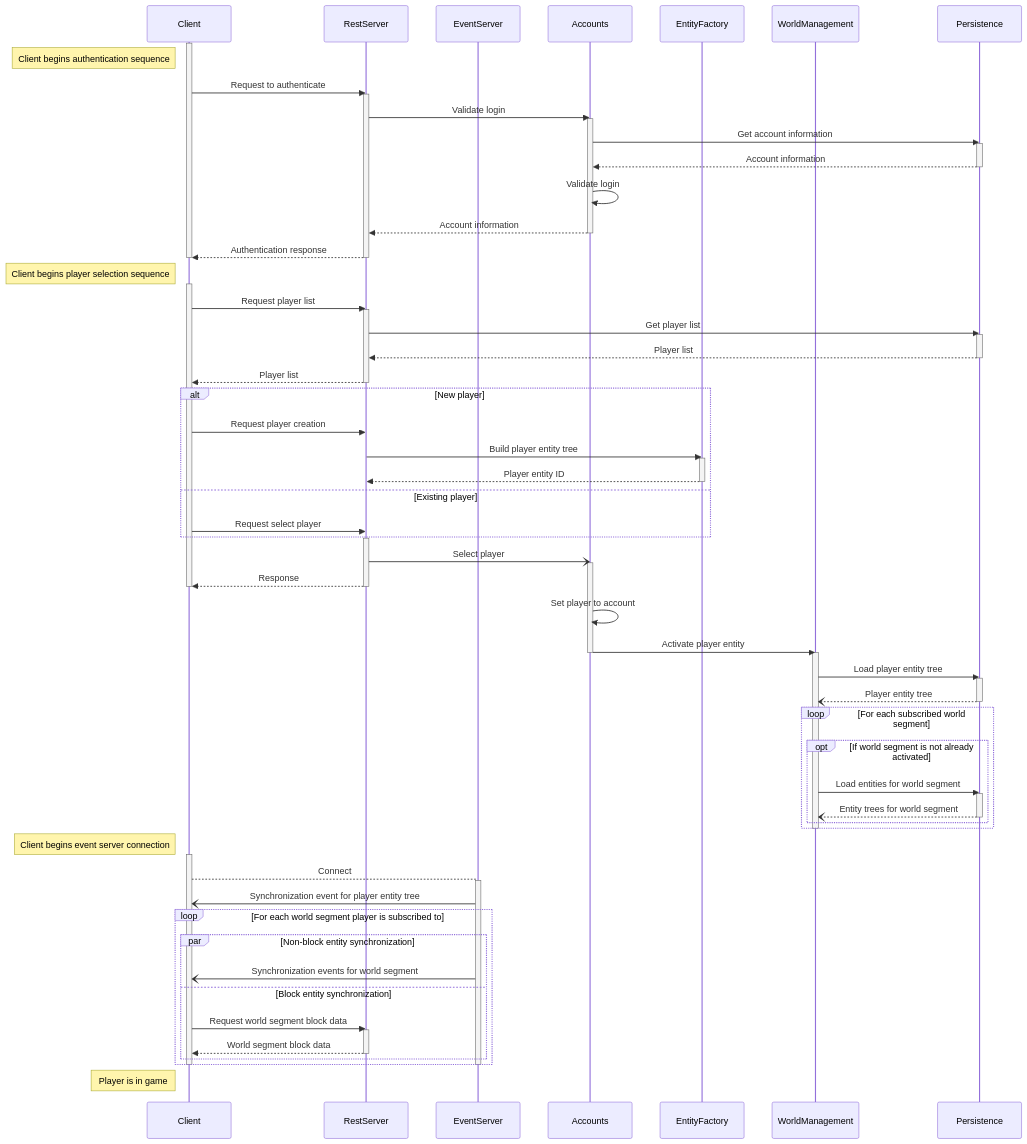
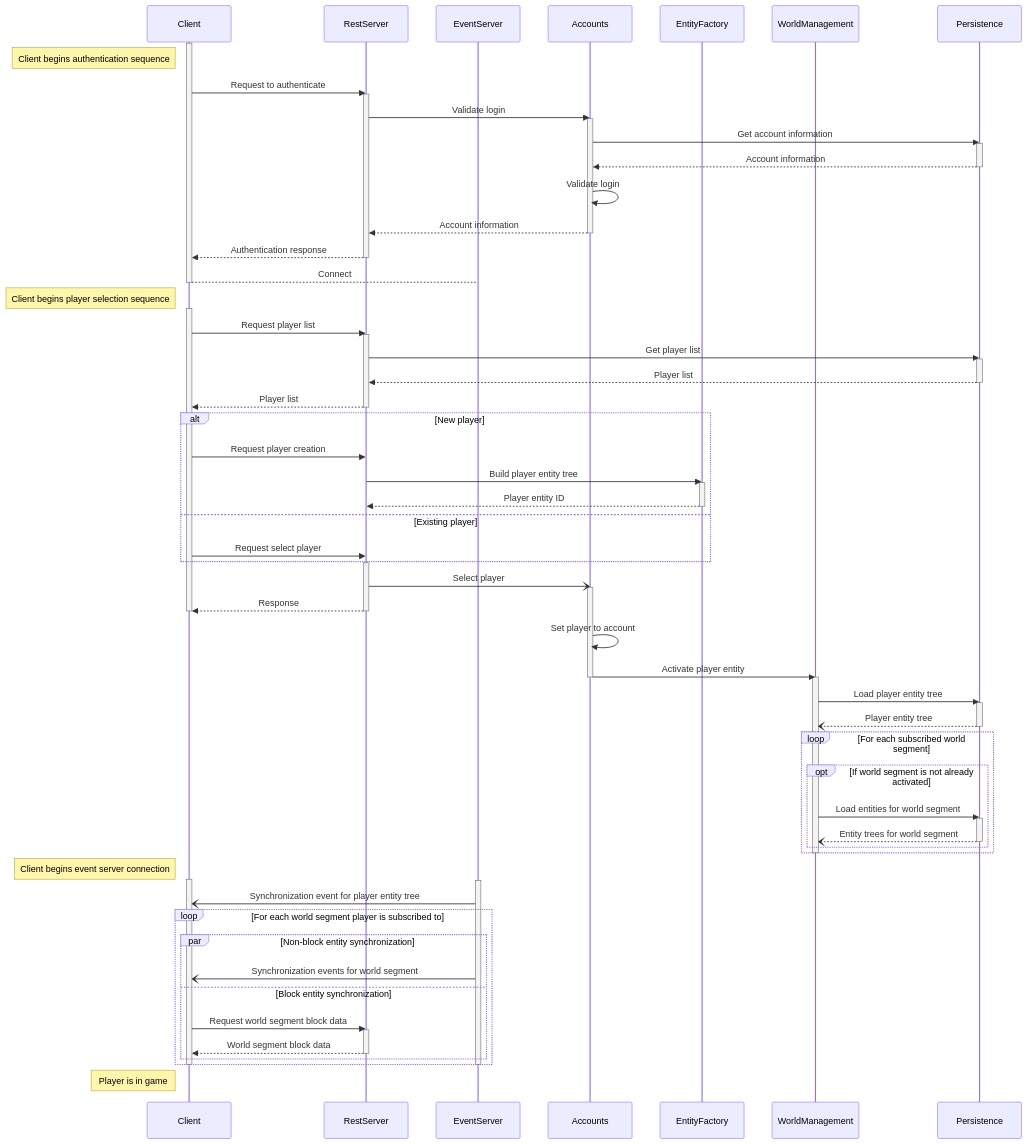
One commit to opticfluorine/sovereign changed the diagram in docs/networking.md. Above: the diagram before and after it, drawn with Mermaid. The commit also changed other lines of this file and 1 other file, not shown here.

Commit message:
Fix event server connection sequence in documentation

```diff
--- a/docs/networking.md
+++ b/docs/networking.md
@@ -151,6 +151,7 @@
     deactivate Accounts
     RestServer -->> Client: Authentication response
     deactivate RestServer
+    Client --> EventServer: Connect
     deactivate Client
     Note left of Client: Client begins player selection sequence
     activate Client
@@ -196,7 +197,6 @@
     deactivate WorldManagement
     Note left of Client: Client begins event server connection
     activate Client
-    Client --> EventServer: Connect
     activate EventServer
     EventServer -) Client: Synchronization event for player entity tree
     loop For each world segment player is subscribed to
```
